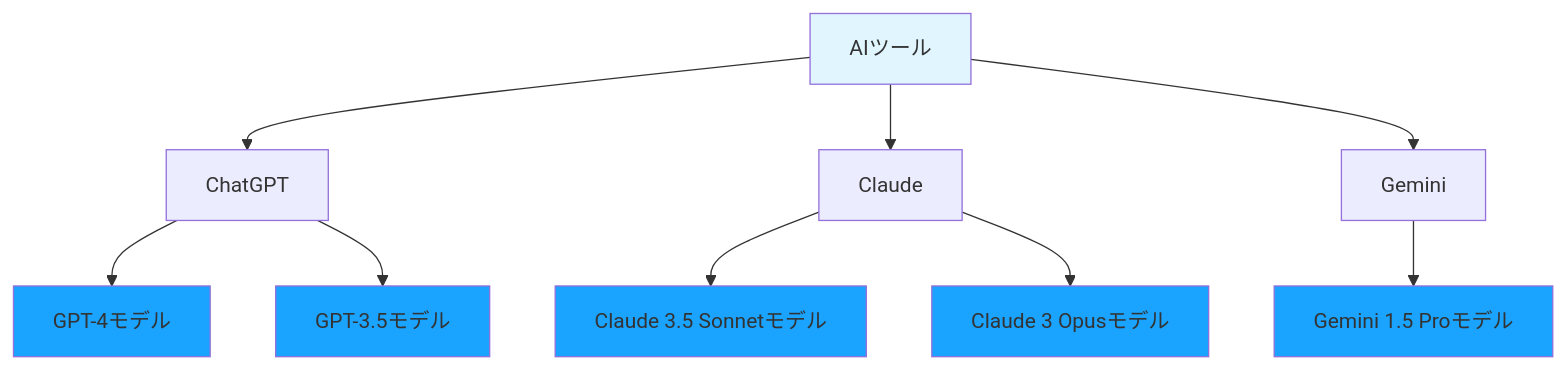
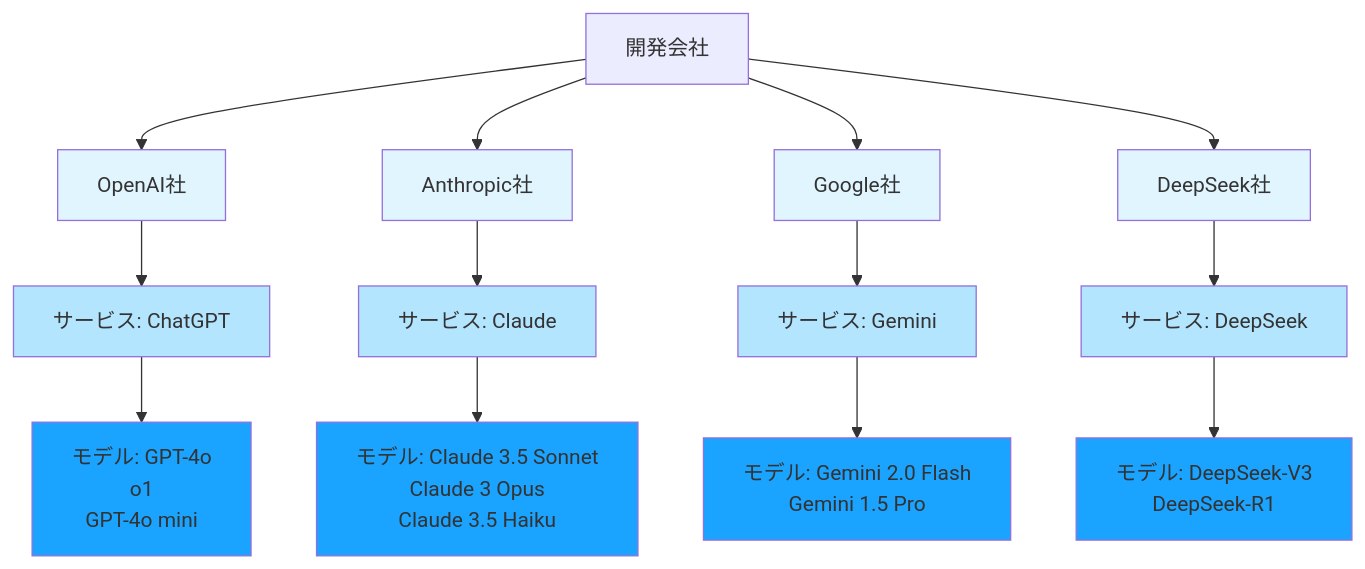
Before and after one commit to cyber-freaks-jp/AI_Driven_Development_Course: the third of 4 diagrams in book/pages/モデルとは.md, drawn with Mermaid. The commit also changed other lines of this file, not shown here.

````diff
--- a/book/pages/モデルとは.md
+++ b/book/pages/モデルとは.md
@@ -44,19 +64,30 @@
 ```mermaid
 graph TD
-    A[AIツール] --> B[ChatGPT]
-    A --> C[Claude]
-    A --> D[Gemini]
+    A[開発会社] --> A1[OpenAI社]
+    A --> A2[Anthropic社]
+    A --> A3[Google社]
+    A --> A4[DeepSeek社]
 
-    B --> B1[GPT-4モデル]
-    B --> B2[GPT-3.5モデル]
-    C --> C1[Claude 3.5 Sonnetモデル]
-    C --> C2[Claude 3 Opusモデル]
-    D --> D1[Gemini 1.5 Proモデル]
+    A1 --> B1[サービス: ChatGPT]
+    A2 --> B2[サービス: Claude]
+    A3 --> B3[サービス: Gemini]
+    A4 --> B4[サービス: DeepSeek]
 
-    style A fill:#e1f5ff
-    style B1 fill:#1aa3ff
-    style B2 fill:#1aa3ff
+    B1 --> C1[モデル: GPT-4o<br/>o1<br/>GPT-4o mini]
+    B2 --> C2[モデル: Claude 3.5 Sonnet<br/>Claude 3 Opus<br/>Claude 3.5 Haiku]
+    B3 --> C3[モデル: Gemini 2.0 Flash<br/>Gemini 1.5 Pro]
+    B4 --> C4[モデル: DeepSeek-V3<br/>DeepSeek-R1]
+
+    style A1 fill:#e1f5ff
+    style A2 fill:#e1f5ff
+    style A3 fill:#e1f5ff
+    style A4 fill:#e1f5ff
+    style B1 fill:#b3e5ff
+    style B2 fill:#b3e5ff
+    style B3 fill:#b3e5ff
+    style B4 fill:#b3e5ff
     style C1 fill:#1aa3ff
     style C2 fill:#1aa3ff
-    style D1 fill:#1aa3ff
+    style C3 fill:#1aa3ff
+    style C4 fill:#1aa3ff
 ```
````
